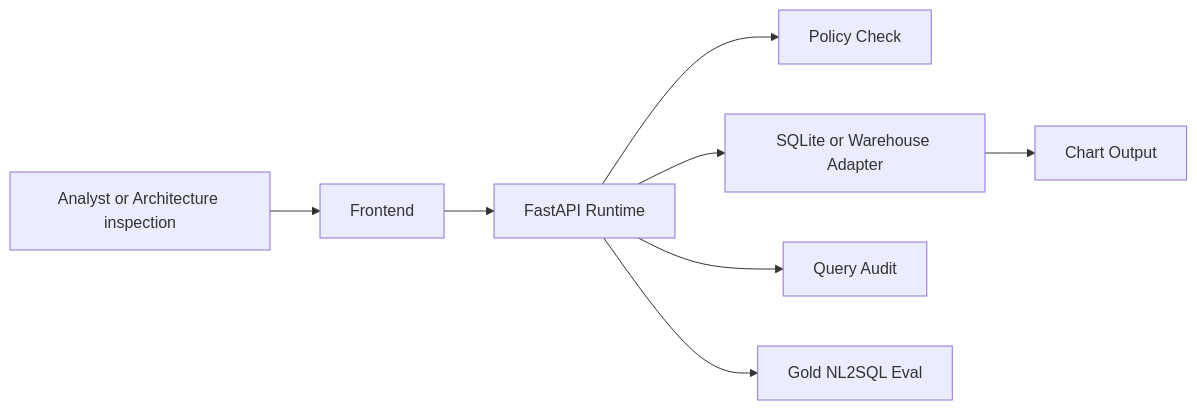
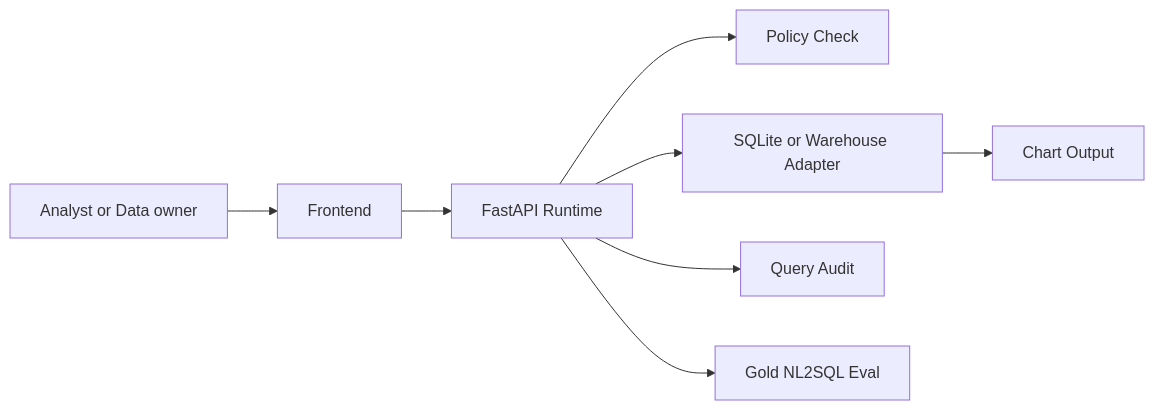
Before and after one commit to KIM3310/Nexus-Hive: the diagram in docs/solution-architecture.md, drawn with Mermaid. The commit also changed other lines of this file and 50 other files, not shown here.

````diff
--- a/docs/solution-architecture.md
+++ b/docs/solution-architecture.md
@@ -16,10 +16,10 @@
 ```mermaid
 flowchart LR
-  User[Analyst or Architecture inspection] --> UI[Frontend]
+  User[Analyst or Data owner] --> UI[Frontend]
   UI --> API[FastAPI Runtime]
   API --> Policy[Policy Check]
   API --> Warehouse[SQLite or Warehouse Adapter]
   API --> Audit[Query Audit]
   API --> Eval[Gold NL2SQL Eval]
   Warehouse --> Chart[Chart Output]
 ```
````
